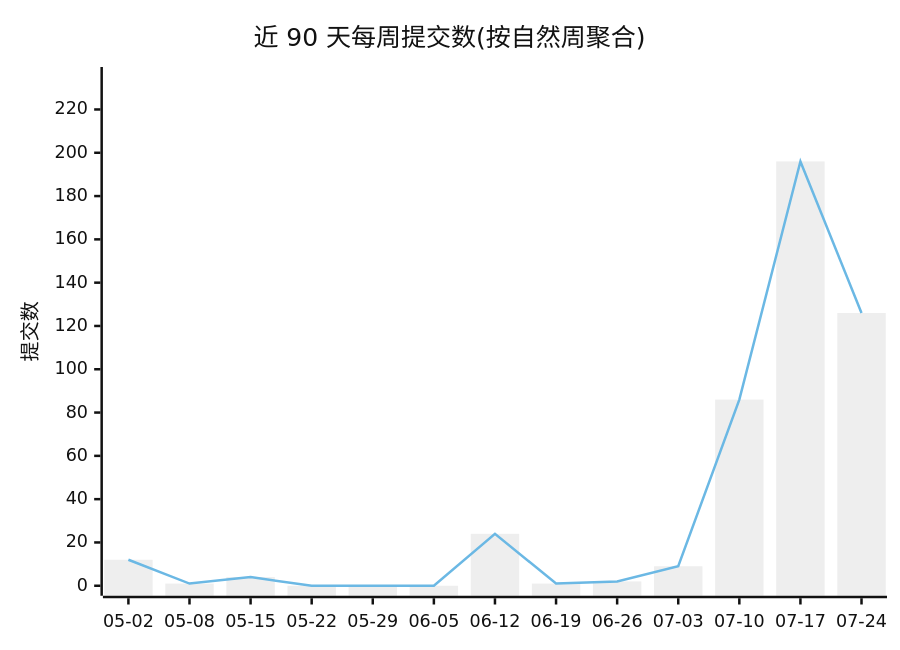
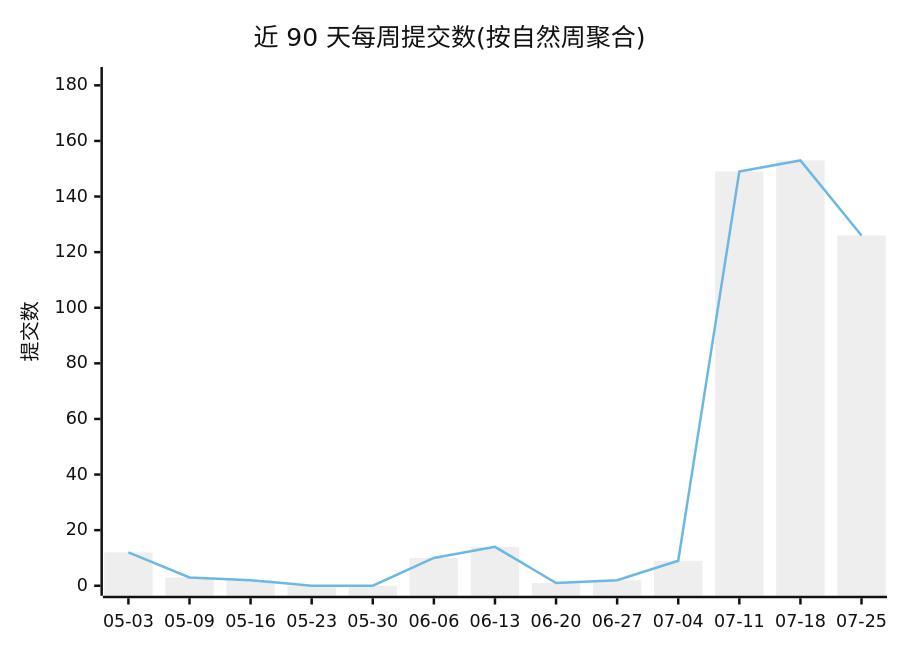
The first of 2 diagrams in profile/README.md (Conflux-Union/.github), drawn with Mermaid (neutral theme) before and after one commit. The commit also changed other lines of this file and 1 other file, not shown here.

````diff
--- a/profile/README.md
+++ b/profile/README.md
@@ -44,8 +44,8 @@
 ```mermaid
 xychart-beta
     title "近 90 天每周提交数(按自然周聚合)"
-    x-axis ["05-02", "05-08", "05-15", "05-22", "05-29", "06-05", "06-12", "06-19", "06-26", "07-03", "07-10", "07-17", "07-24"]
-    y-axis "提交数" 0 --> 235
-    bar [12, 1, 4, 0, 0, 0, 24, 1, 2, 9, 86, 196, 126]
-    line [12, 1, 4, 0, 0, 0, 24, 1, 2, 9, 86, 196, 126]
+    x-axis ["05-03", "05-09", "05-16", "05-23", "05-30", "06-06", "06-13", "06-20", "06-27", "07-04", "07-11", "07-18", "07-25"]
+    y-axis "提交数" 0 --> 183
+    bar [12, 3, 2, 0, 0, 10, 14, 1, 2, 9, 149, 153, 126]
+    line [12, 3, 2, 0, 0, 10, 14, 1, 2, 9, 149, 153, 126]
 ```
````
